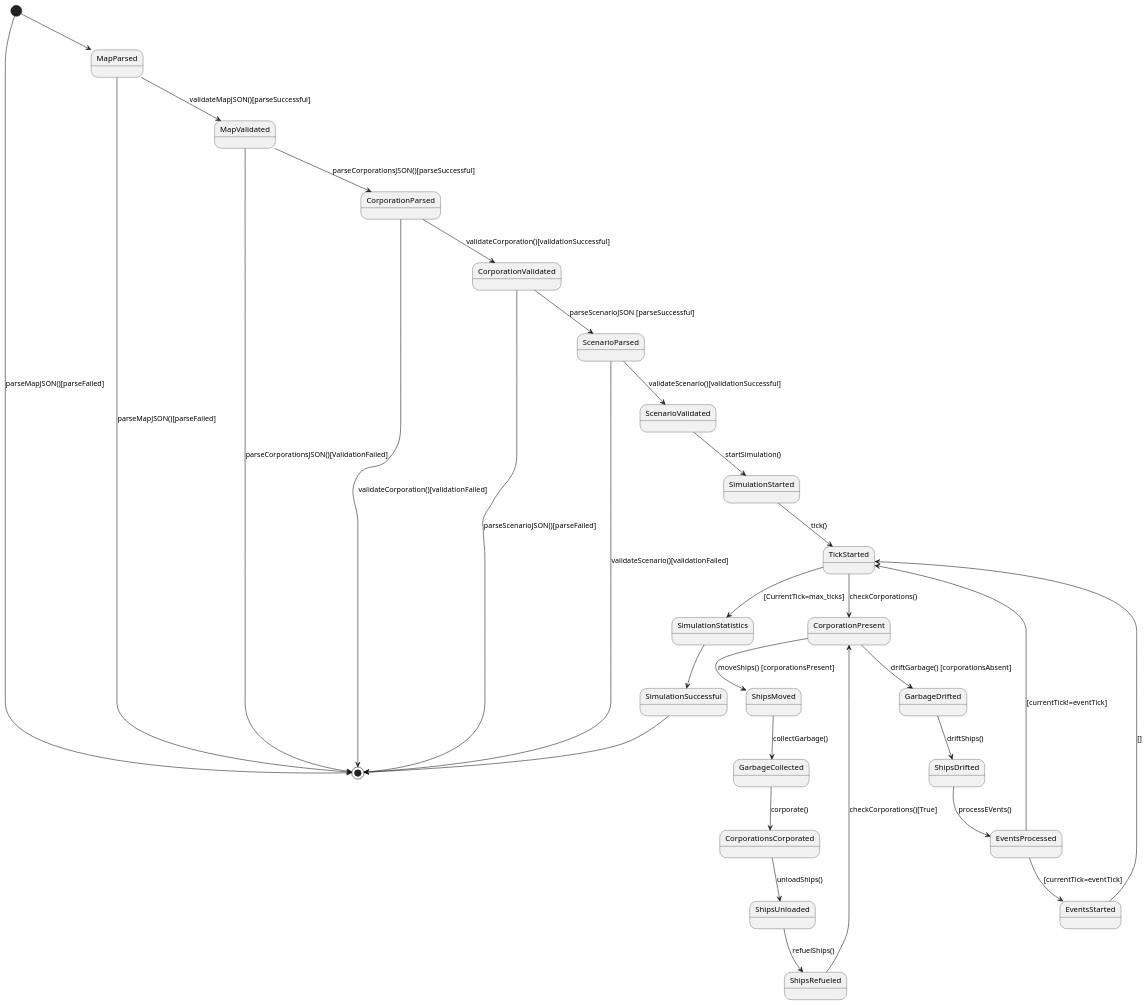
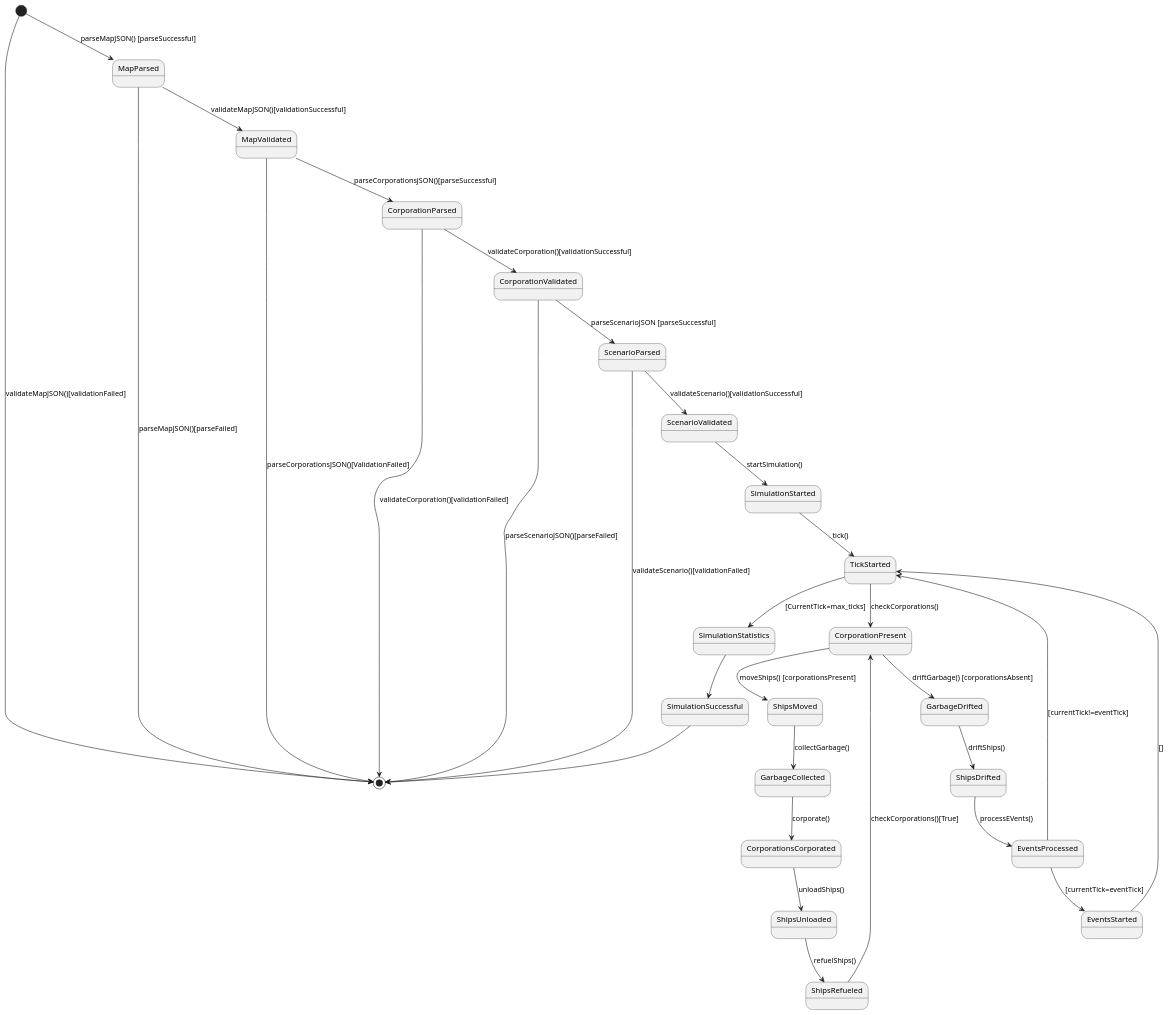
The diagram in StateDiagram.puml (Atharvakore/Save-The-Saardines), drawn with PlantUML before and after one commit.

Commit message:
add state calls

```diff
--- a/StateDiagram.puml
+++ b/StateDiagram.puml
@@ -1,36 +1,36 @@
 @startuml
-[*] --> MapParsed
-MapParsed --> MapValidated: validateMapJSON()[parseSuccessful]
+[*] --> MapParsed: parseMapJSON() [parseSuccessful]
+MapParsed --> MapValidated: validateMapJSON()[validationSuccessful]
 MapParsed --> [*] : parseMapJSON()[parseFailed]
-[*] --> [*] : parseMapJSON()[parseFailed]
+[*] --> [*] : validateMapJSON()[validationFailed]
 
 MapValidated --> CorporationParsed : parseCorporationsJSON()[parseSuccessful]
 MapValidated --> [*] : parseCorporationsJSON()[ValidationFailed]
 CorporationParsed -->CorporationValidated : validateCorporation()[validationSuccessful]
 CorporationParsed -->[*] : validateCorporation()[validationFailed]
 CorporationValidated --> ScenarioParsed : parseScenarioJSON [parseSuccessful]
 ScenarioParsed --> ScenarioValidated : validateScenario()[validationSuccessful]
 ScenarioParsed --> [*] : validateScenario()[validationFailed]
 CorporationValidated --> [*] : parseScenarioJSON()[parseFailed]
 
 ScenarioValidated--> SimulationStarted : startSimulation()
 
 SimulationStarted --> TickStarted : tick()
 
 TickStarted --> CorporationPresent : checkCorporations()
 CorporationPresent --> ShipsMoved : moveShips() [corporationsPresent]
 ShipsMoved --> GarbageCollected : collectGarbage()
 GarbageCollected --> CorporationsCorporated : corporate()
 CorporationsCorporated --> ShipsUnloaded : unloadShips()
 ShipsUnloaded --> ShipsRefueled : refuelShips()
 ShipsRefueled --> CorporationPresent : checkCorporations()[True]
 CorporationPresent --> GarbageDrifted : driftGarbage() [corporationsAbsent]
 GarbageDrifted --> ShipsDrifted : driftShips()
 ShipsDrifted --> EventsProcessed : processEVents()
 EventsProcessed --> TickStarted : [currentTick!=eventTick]
 EventsProcessed --> EventsStarted : [currentTick=eventTick]
 EventsStarted --> TickStarted : []
 TickStarted --> SimulationStatistics : [CurrentTick=max_ticks]
 SimulationStatistics --> SimulationSuccessful 
 SimulationSuccessful --> [*]
 @enduml
```
